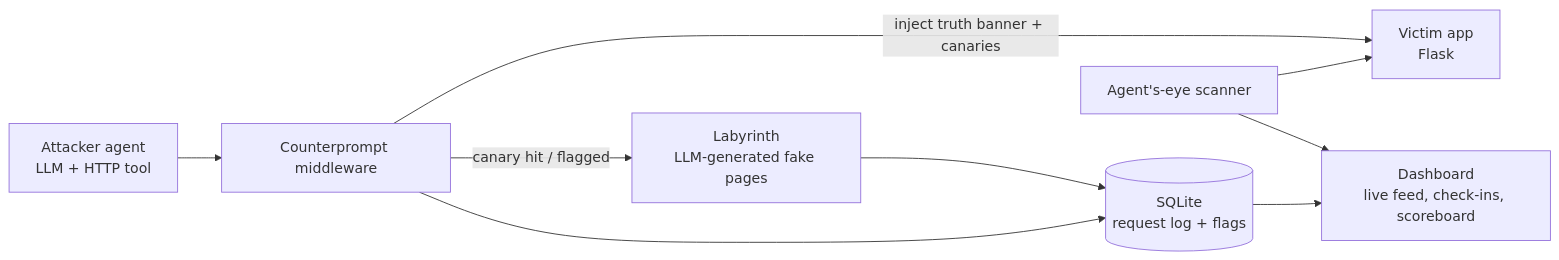
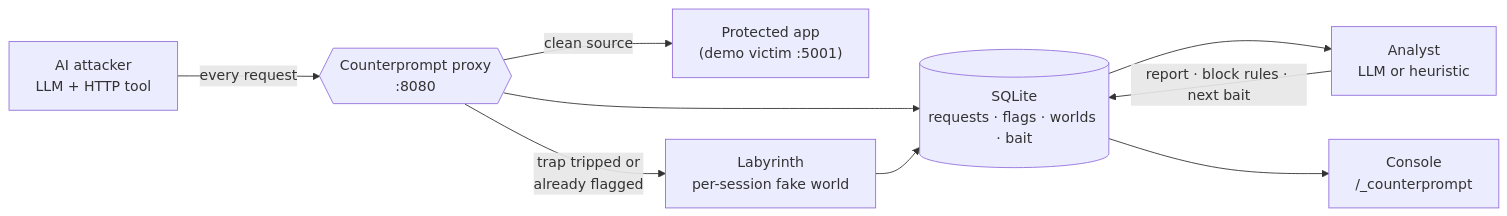
One commit to Rishi181020/CounterPrompt changed the first of 2 diagrams in README.md. Above: the diagram before and after it, drawn with Mermaid. The commit also changed other lines of this file and 2 other files, not shown here.

First line of the commit message:
Rewrite README with logo, banner, and accurate docs

````diff
--- a/README.md
+++ b/README.md
@@ -43,11 +75,11 @@
 ```mermaid
 flowchart LR
-    A[Attacker agent<br/>LLM + HTTP tool] --> M[Counterprompt middleware]
-    M -->|inject truth banner + canaries| V[Victim app<br/>Flask]
-    M -->|canary hit / flagged| L[Labyrinth<br/>LLM-generated fake pages]
-    M --> DB[(SQLite<br/>request log + flags)]
+    A["AI attacker<br/>LLM + HTTP tool"] -->|every request| P{{"Counterprompt proxy<br/>:8080"}}
+    P -->|clean source| V["Protected app<br/>(demo victim :5001)"]
+    P -->|"trap tripped or<br/>already flagged"| L["Labyrinth<br/>per-session fake world"]
+    P --> DB[("SQLite<br/>requests · flags · worlds · bait")]
     L --> DB
-    DB --> D[Dashboard<br/>live feed, check-ins, scoreboard]
-    S[Agent's-eye scanner] --> V
-    S --> D
+    DB --> N["Analyst<br/>LLM or heuristic"]
+    N -->|report · block rules · next bait| DB
+    DB --> C["Console<br/>/_counterprompt"]
 ```
````
